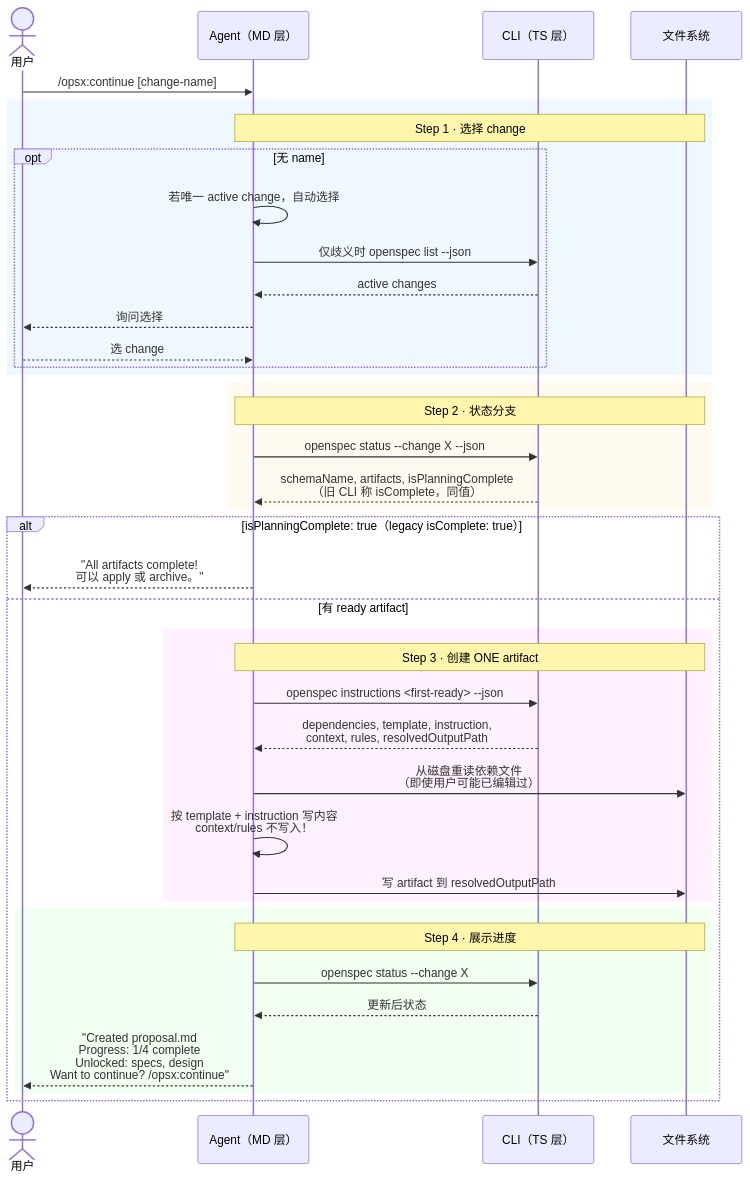
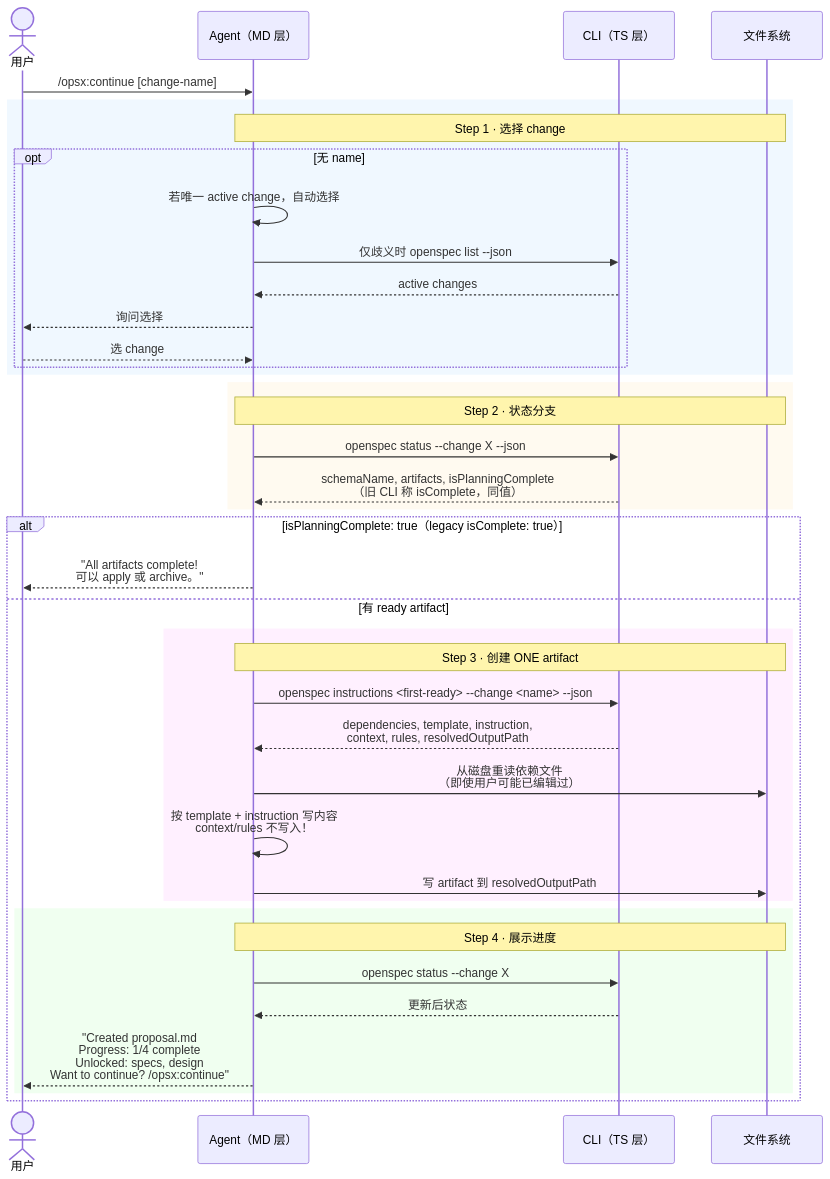
The diagram in _digested/workflows/04-continue.md (ethan-jiang-3/OpenSpec), drawn with Mermaid before and after one commit. The commit also changed 26 other files, not shown here.

Commit message:
docs(round3): 修正全局配置路径(数据目录≠配置目录、.yaml→.json)；status/instructions 的 --change 必填漏写（agent 协议 6 条命令中 4 条照抄必错）；openspec schemas/templates 不是命令；补 config path/get/unset/reset 与 --code-workspace

````diff
--- a/_digested/workflows/04-continue.md
+++ b/_digested/workflows/04-continue.md
@@ -60,46 +60,46 @@
 ```mermaid
 sequenceDiagram
     actor User as 用户
     participant MD as Agent（MD 层）
     participant TS as CLI（TS 层）
     participant FS as 文件系统
 
     User->>MD: /opsx:continue [change-name]
 
     rect rgb(240, 248, 255)
         Note over MD,FS: Step 1 · 选择 change
         opt 无 name
             MD->>MD: 若唯一 active change，自动选择
             MD->>TS: 仅歧义时 openspec list --json
             TS-->>MD: active changes
             MD-->>User: 询问选择
             User-->>MD: 选 change
         end
     end
 
     rect rgb(255, 250, 240)
         Note over MD,FS: Step 2 · 状态分支
         MD->>TS: openspec status --change X --json
         TS-->>MD: schemaName, artifacts, isPlanningComplete<br/>（旧 CLI 称 isComplete，同值）
     end
 
     alt isPlanningComplete: true（legacy isComplete: true）
         MD-->>User: "All artifacts complete!<br/>可以 apply 或 archive。"
     else 有 ready artifact
         rect rgb(255, 240, 255)
             Note over MD,FS: Step 3 · 创建 ONE artifact
-            MD->>TS: openspec instructions <first-ready> --json
+            MD->>TS: openspec instructions <first-ready> --change <name> --json
             TS-->>MD: dependencies, template, instruction,<br/>context, rules, resolvedOutputPath
             MD->>FS: 从磁盘重读依赖文件<br/>（即使用户可能已编辑过）
             MD->>MD: 按 template + instruction 写内容<br/>context/rules 不写入！
             MD->>FS: 写 artifact 到 resolvedOutputPath
         end
 
         rect rgb(240, 255, 240)
             Note over MD,FS: Step 4 · 展示进度
             MD->>TS: openspec status --change X
             TS-->>MD: 更新后状态
             MD-->>User: "Created proposal.md<br/>Progress: 1/4 complete<br/>Unlocked: specs, design<br/>Want to continue? /opsx:continue"
         end
     end
 ```
````
